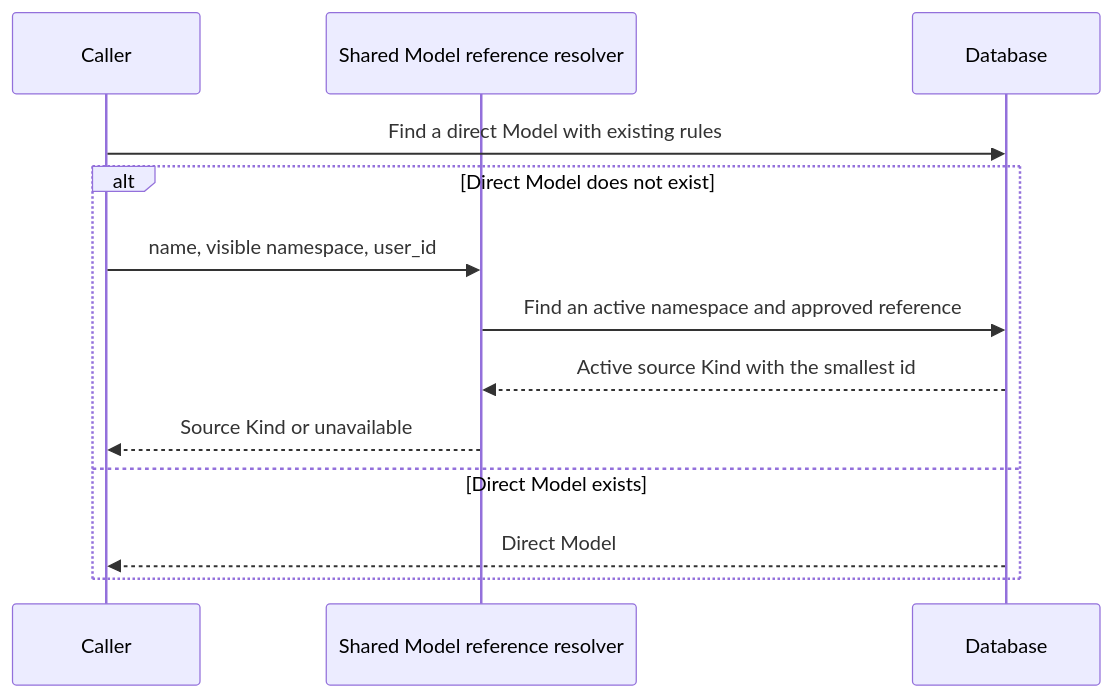
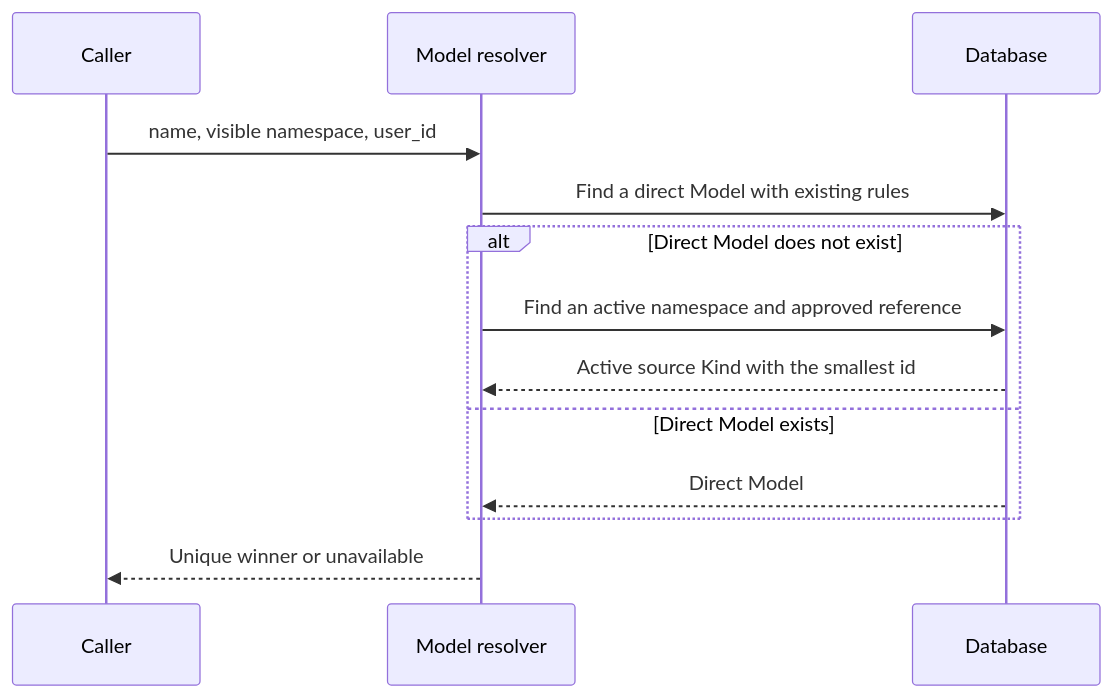
The second of 2 diagrams in docs/en/architecture/capability-reference-resolution.md (wecode-ai/Wegent), drawn with Mermaid before and after one commit. The commit also changed other lines of this file and 12 other files, not shown here.

````diff
--- a/docs/en/architecture/capability-reference-resolution.md
+++ b/docs/en/architecture/capability-reference-resolution.md
@@ -26,15 +31,15 @@
 ```mermaid
 sequenceDiagram
     participant C as Caller
-    participant R as Shared Model reference resolver
+    participant R as Model resolver
     participant DB as Database
-    C->>DB: Find a direct Model with existing rules
+    C->>R: name, visible namespace, user_id
+    R->>DB: Find a direct Model with existing rules
     alt Direct Model does not exist
-        C->>R: name, visible namespace, user_id
         R->>DB: Find an active namespace and approved reference
         DB-->>R: Active source Kind with the smallest id
-        R-->>C: Source Kind or unavailable
     else Direct Model exists
-        DB-->>C: Direct Model
+        DB-->>R: Direct Model
     end
+    R-->>C: Unique winner or unavailable
 ```
````
